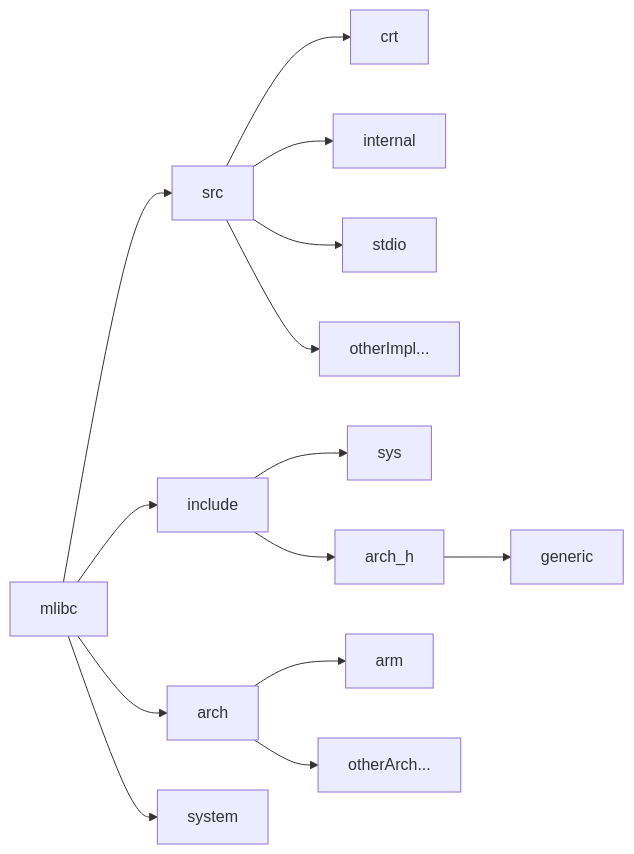
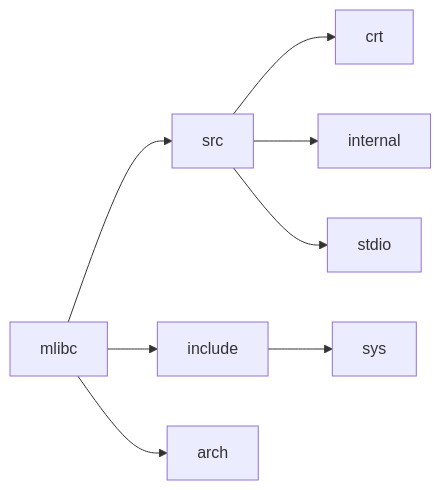
The diagram in ARCH.md (plctlab/mlibc), drawn with Mermaid before and after one commit. The commit also changed other lines of this file and 6 other files, not shown here.

````diff
--- a/ARCH.md
+++ b/ARCH.md
@@ -3,16 +3,11 @@
 ```mermaid
 flowchart LR
 mlibc-->src
 mlibc-->include
 mlibc-->arch
-mlibc-->system
 src-->crt
 src-->internal
 src-->stdio
-src-->otherImpl...
 include-->sys
-include-->arch_h
-arch_h-->generic
-arch-->arm
-arch-->otherArch...
+
 ```
````
